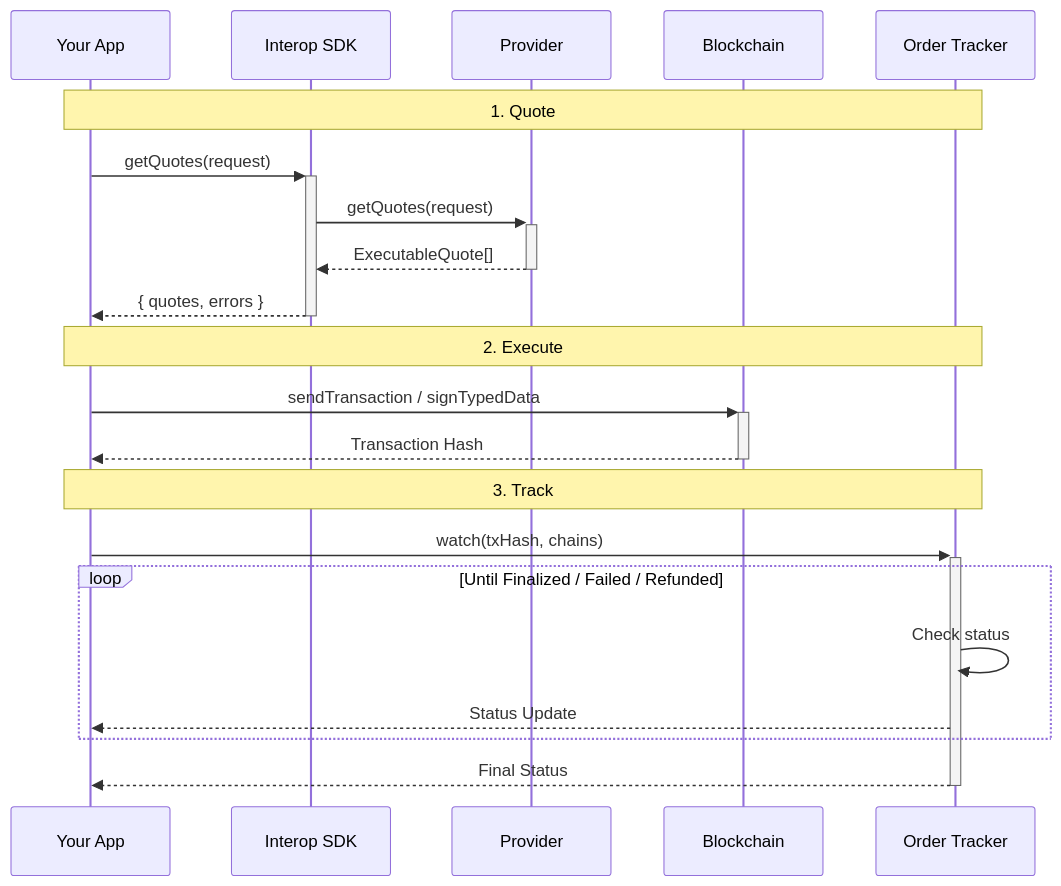
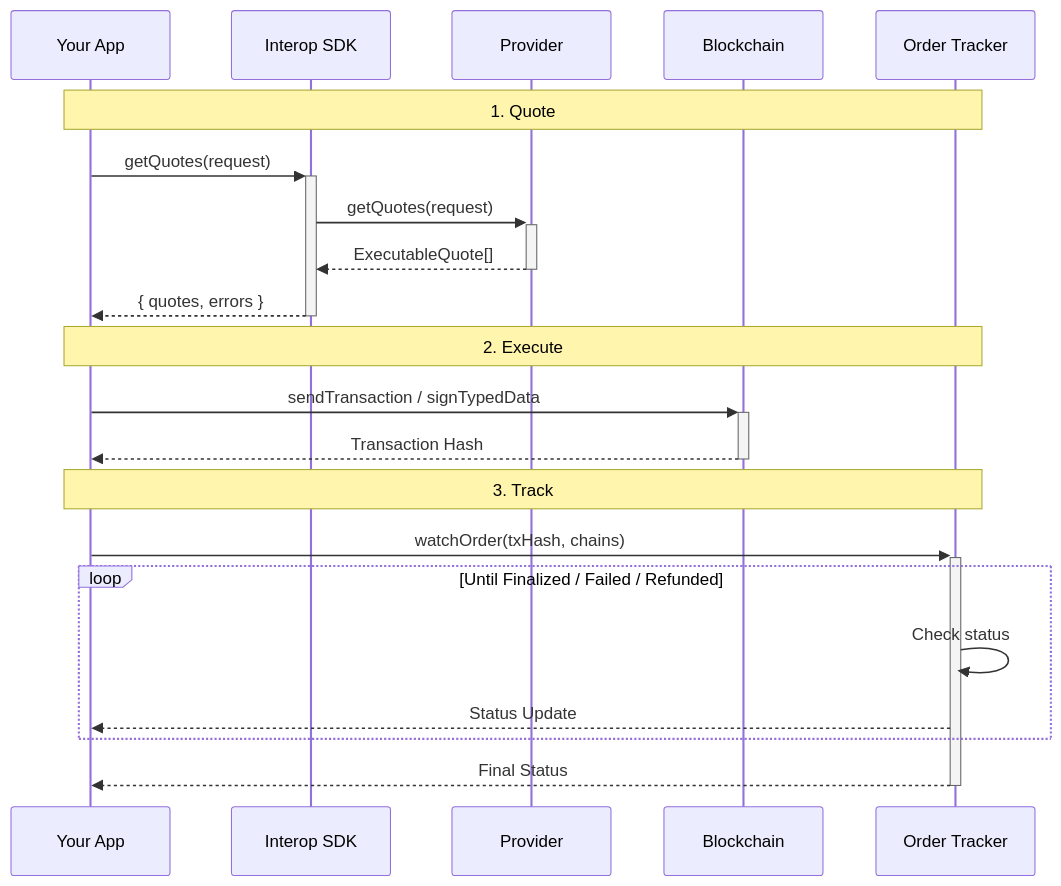
One commit to defi-wonderland/interop-sdk changed the diagram in apps/docs/docs/cross-chain/concepts.md. Above: the diagram before and after it, drawn with Mermaid. The commit also changed 3 other files, not shown here.

````diff
--- a/apps/docs/docs/cross-chain/concepts.md
+++ b/apps/docs/docs/cross-chain/concepts.md
@@ -31,26 +31,26 @@
 ```mermaid
 sequenceDiagram
     participant dev as Your App
     participant sdk as Interop SDK
     participant provider as Provider
     participant rpc as Blockchain
     participant tracker as Order Tracker
 
     Note over dev,tracker: 1. Quote
     dev->>+sdk: getQuotes(request)
     sdk->>+provider: getQuotes(request)
     provider-->>-sdk: ExecutableQuote[]
     sdk-->>-dev: { quotes, errors }
 
     Note over dev,tracker: 2. Execute
     dev->>+rpc: sendTransaction / signTypedData
     rpc-->>-dev: Transaction Hash
 
     Note over dev,tracker: 3. Track
-    dev->>+tracker: watch(txHash, chains)
+    dev->>+tracker: watchOrder(txHash, chains)
     loop Until Finalized / Failed / Refunded
         tracker->>tracker: Check status
         tracker-->>dev: Status Update
     end
     tracker-->>-dev: Final Status
 ```
````
